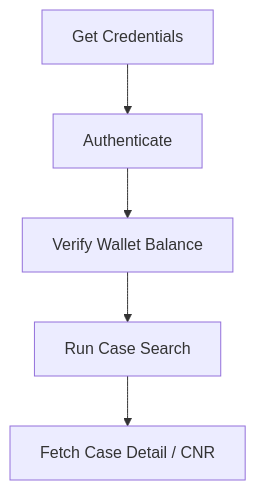
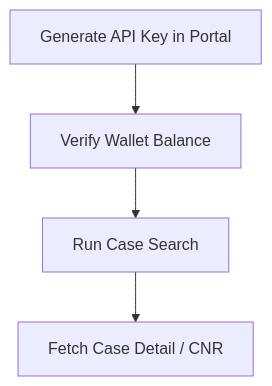
The diagram in docs/Getting Started/getting-started.md (Zoro-jsx/Readme), drawn with Mermaid before and after one commit. The commit also changed other lines of this file, not shown here.

````diff
--- a/docs/Getting Started/getting-started.md
+++ b/docs/Getting Started/getting-started.md
@@ -35,7 +35,6 @@
 ```mermaid
 graph TD
-    A[Get Credentials] --> B[Authenticate]
-    B --> C[Verify Wallet Balance]
-    C --> D[Run Case Search]
-    D --> E[Fetch Case Detail / CNR]
+    A[Generate API Key in Portal] --> B[Verify Wallet Balance]
+    B --> C[Run Case Search]
+    C --> D[Fetch Case Detail / CNR]
 ```
````
